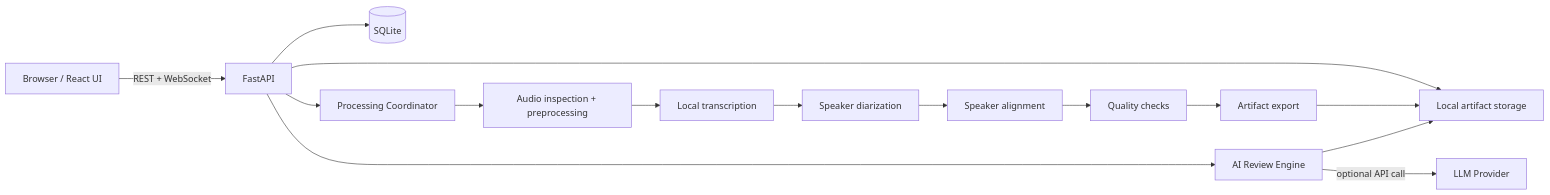
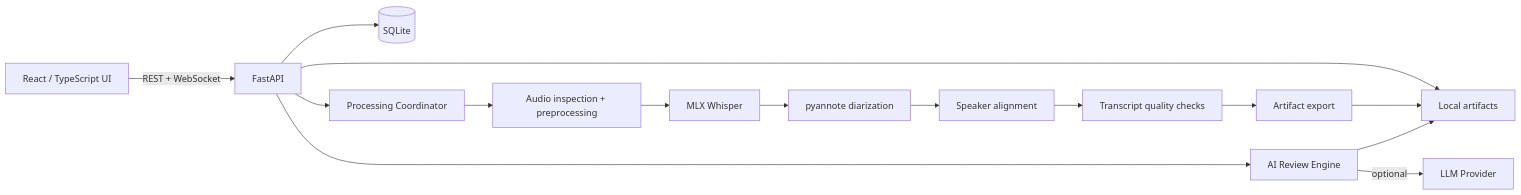
Before and after one commit to aryan000/interview-intelligence: the first of 2 diagrams in README.md, drawn with Mermaid. The commit also changed other lines of this file and 1 other file, not shown here.

Commit message:
docs: add project setup architecture and roadmap

````diff
--- a/README.md
+++ b/README.md
@@ -47,22 +123,22 @@
 ```mermaid
 flowchart LR
-    U[Browser / React UI] -->|REST + WebSocket| API[FastAPI]
+    UI[React / TypeScript UI]
+      -->|REST + WebSocket| API[FastAPI]
 
     API --> DB[(SQLite)]
-    API --> FS[Local artifact storage]
+    API --> FILES[Local artifacts]
 
     API --> JOB[Processing Coordinator]
 
-    JOB --> PRE[Audio inspection + preprocessing]
-    PRE --> STT[Local transcription]
-    STT --> DIA[Speaker diarization]
+    JOB --> AUDIO[Audio inspection + preprocessing]
+    AUDIO --> STT[MLX Whisper]
+    STT --> DIA[pyannote diarization]
     DIA --> ALIGN[Speaker alignment]
-    ALIGN --> QUAL[Quality checks]
-    QUAL --> EXP[Artifact export]
+    ALIGN --> QUALITY[Transcript quality checks]
+    QUALITY --> EXPORT[Artifact export]
+    EXPORT --> FILES
 
-    EXP --> FS
-
-    API --> REV[AI Review Engine]
-    REV -->|optional API call| LLM[LLM Provider]
-    REV --> FS
+    API --> REVIEW[AI Review Engine]
+    REVIEW -->|optional| LLM[LLM Provider]
+    REVIEW --> FILES
 ```
````
